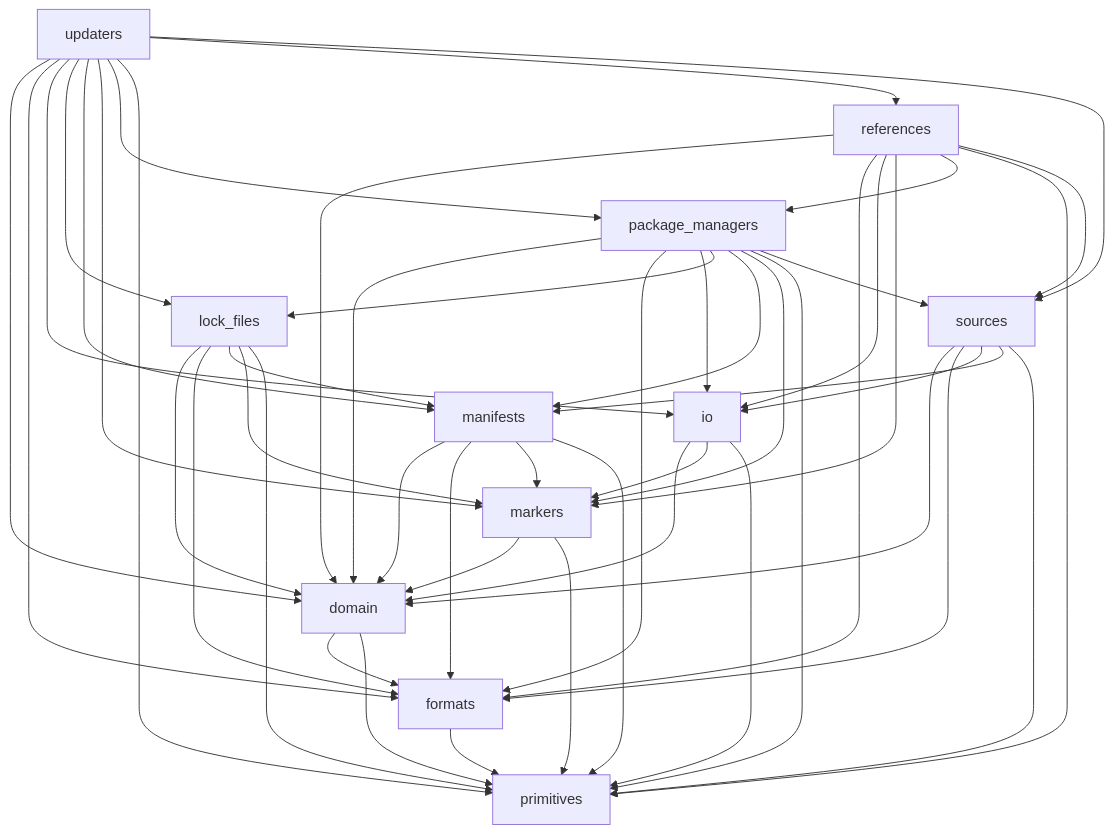
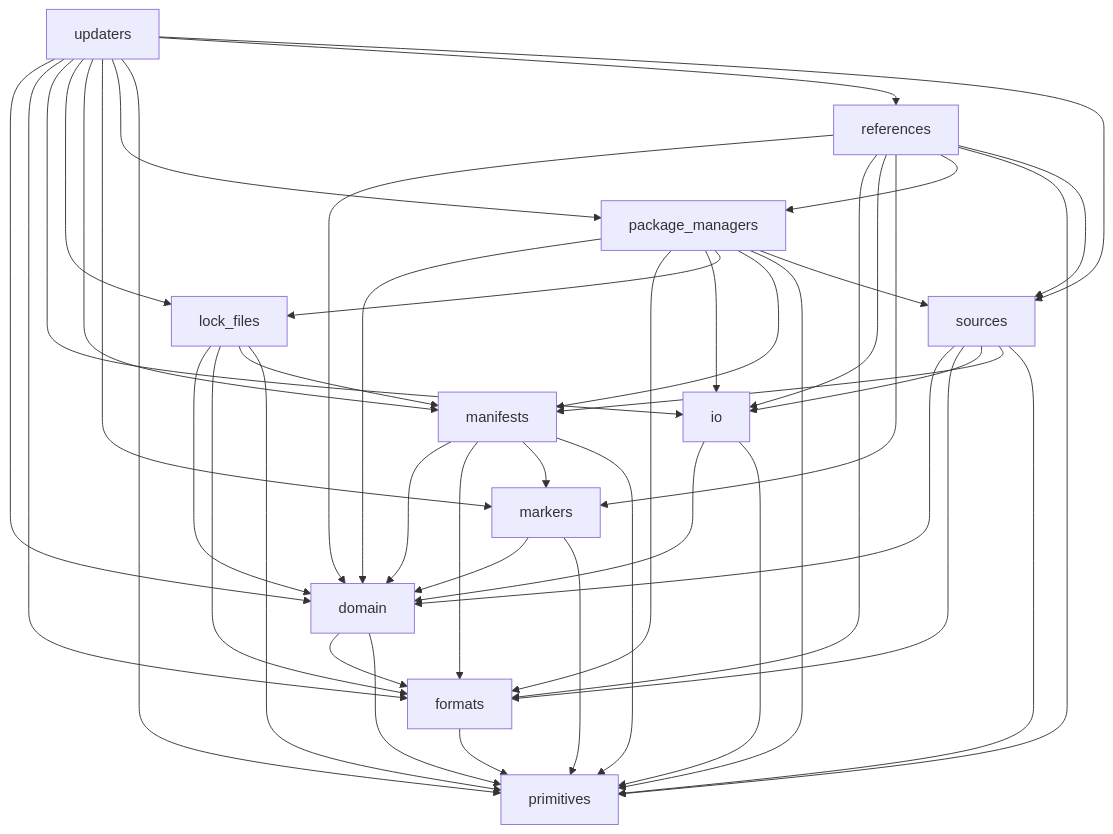
Before and after one commit to ICTU/update-time: the diagram in docs/architecture.md, drawn with Mermaid. The commit also changed 127 other files, not shown here.

````diff
--- a/docs/architecture.md
+++ b/docs/architecture.md
@@ -5,50 +5,47 @@
 ```mermaid
 flowchart TD
   domain --> formats
   domain --> primitives
   formats --> primitives
   io --> domain
-  io --> markers
   io --> primitives
   lock_files --> domain
   lock_files --> formats
   lock_files --> manifests
-  lock_files --> markers
   lock_files --> primitives
   manifests --> domain
   manifests --> formats
   manifests --> markers
   manifests --> primitives
   markers --> domain
   markers --> primitives
   package_managers --> domain
   package_managers --> formats
   package_managers --> io
   package_managers --> lock_files
   package_managers --> manifests
-  package_managers --> markers
   package_managers --> primitives
   package_managers --> sources
   references --> domain
   references --> formats
   references --> io
   references --> markers
   references --> package_managers
   references --> primitives
   references --> sources
   sources --> domain
   sources --> formats
   sources --> io
   sources --> manifests
   sources --> primitives
   updaters --> domain
   updaters --> formats
   updaters --> io
   updaters --> lock_files
   updaters --> manifests
   updaters --> markers
   updaters --> package_managers
   updaters --> primitives
   updaters --> references
   updaters --> sources
 ```
````
